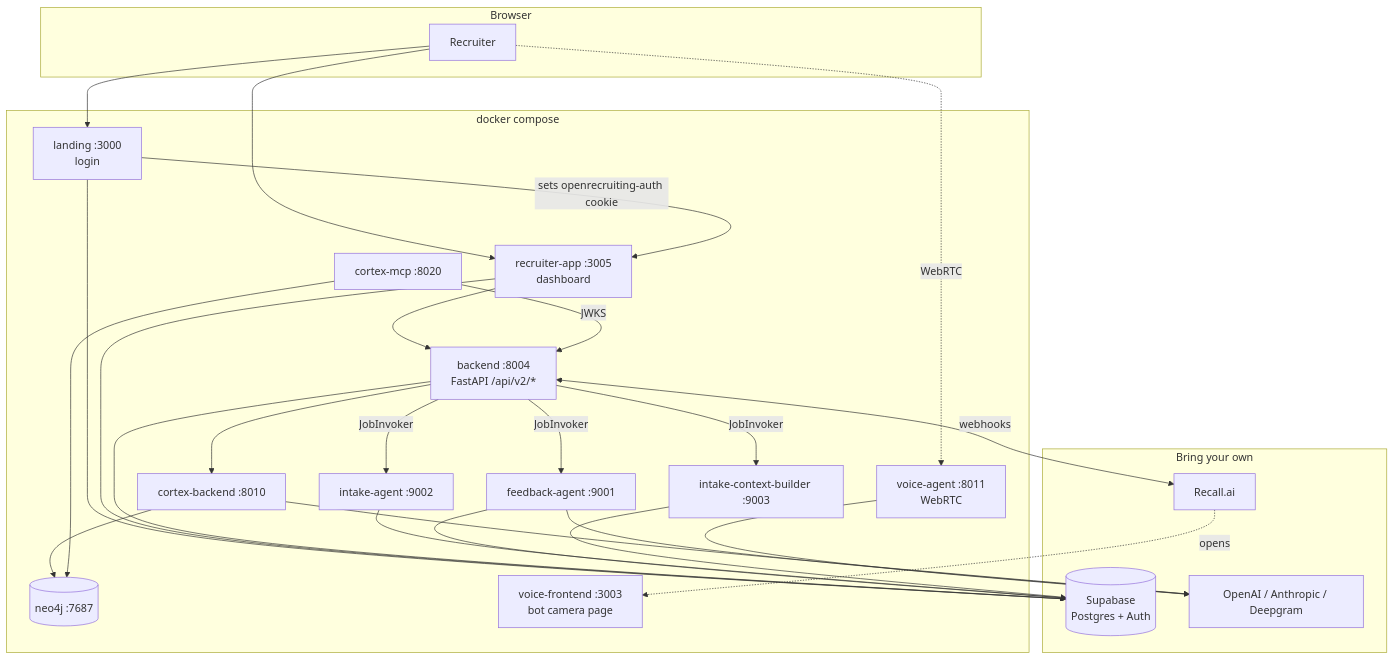
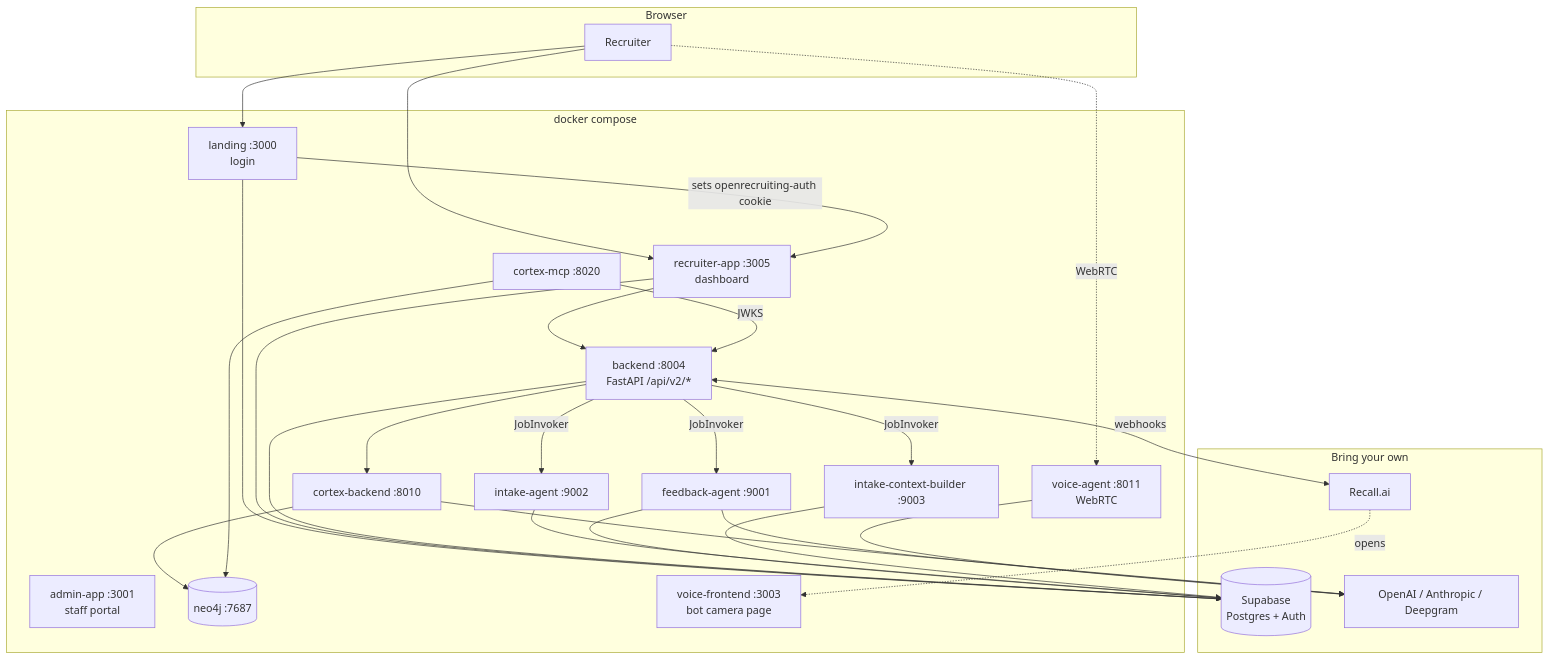
The diagram in docs/architecture.md (Nit-1997/OpenRecruiting), drawn with Mermaid before and after one commit. The commit also changed other lines of this file and 75 other files, not shown here.

````diff
--- a/docs/architecture.md
+++ b/docs/architecture.md
@@ -7,48 +7,49 @@
 ```mermaid
 flowchart TB
     subgraph browser [Browser]
         U[Recruiter]
     end
 
     subgraph compose ["docker compose"]
         L[landing :3000<br/>login]
         A[recruiter-app :3005<br/>dashboard]
+        AD[admin-app :3001<br/>staff portal]
         B[backend :8004<br/>FastAPI /api/v2/*]
         FW[feedback-agent :9001]
         IW[intake-agent :9002]
         CB[intake-context-builder :9003]
         CX[cortex-backend :8010]
         MCP[cortex-mcp :8020]
         N[(neo4j :7687)]
         V[voice-agent :8011<br/>WebRTC]
         VF[voice-frontend :3003<br/>bot camera page]
     end
 
     subgraph cloud [Bring your own]
         S[(Supabase<br/>Postgres + Auth)]
         R[Recall.ai]
         LLM[OpenAI / Anthropic / Deepgram]
     end
 
     U --> L
     U --> A
     L -- sets openrecruiting-auth cookie --> A
     A --> B
     L --> S
     A --> S
     B --> S
     B -- JobInvoker --> FW & IW & CB
     FW --> S
     IW --> S
     CB --> S
     B --> CX
     CX --> N
     MCP --> N
     MCP -- JWKS --> B
     B <-- webhooks --> R
     U -. WebRTC .-> V
     R -. opens .-> VF
     V --> LLM
     FW --> LLM
     CX --> LLM
 ```
````
